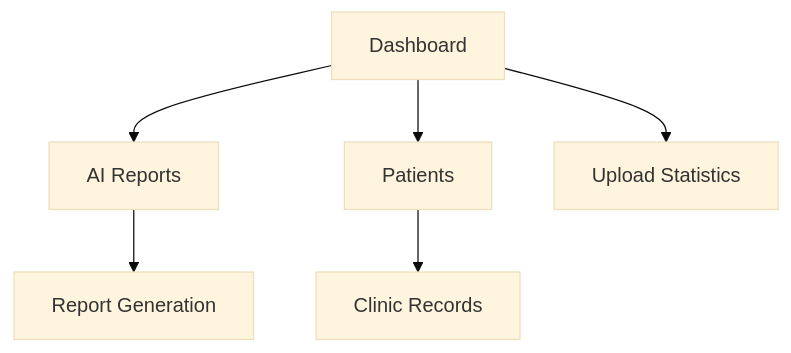
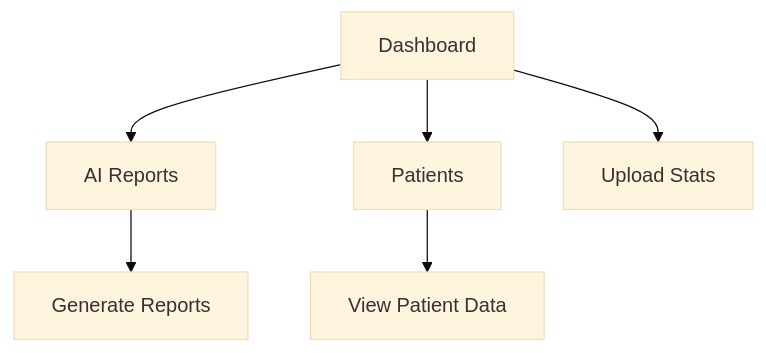
One commit to AppajiDheeraj/NetraAI changed the third of 3 diagrams in README.md. Above: the diagram before and after it, drawn with Mermaid (base theme). The commit also changed other lines of this file, not shown here.

````diff
--- a/README.md
+++ b/README.md
@@ -204,8 +216,8 @@
 ```mermaid
 graph TD
 A[Dashboard] --> B[AI Reports]
 A --> C[Patients]
-A --> D[Upload Statistics]
-B --> E[Report Generation]
-C --> F[Clinic Records]
+A --> D[Upload Stats]
+B --> E[Generate Reports]
+C --> F[View Patient Data]
 ```
````
